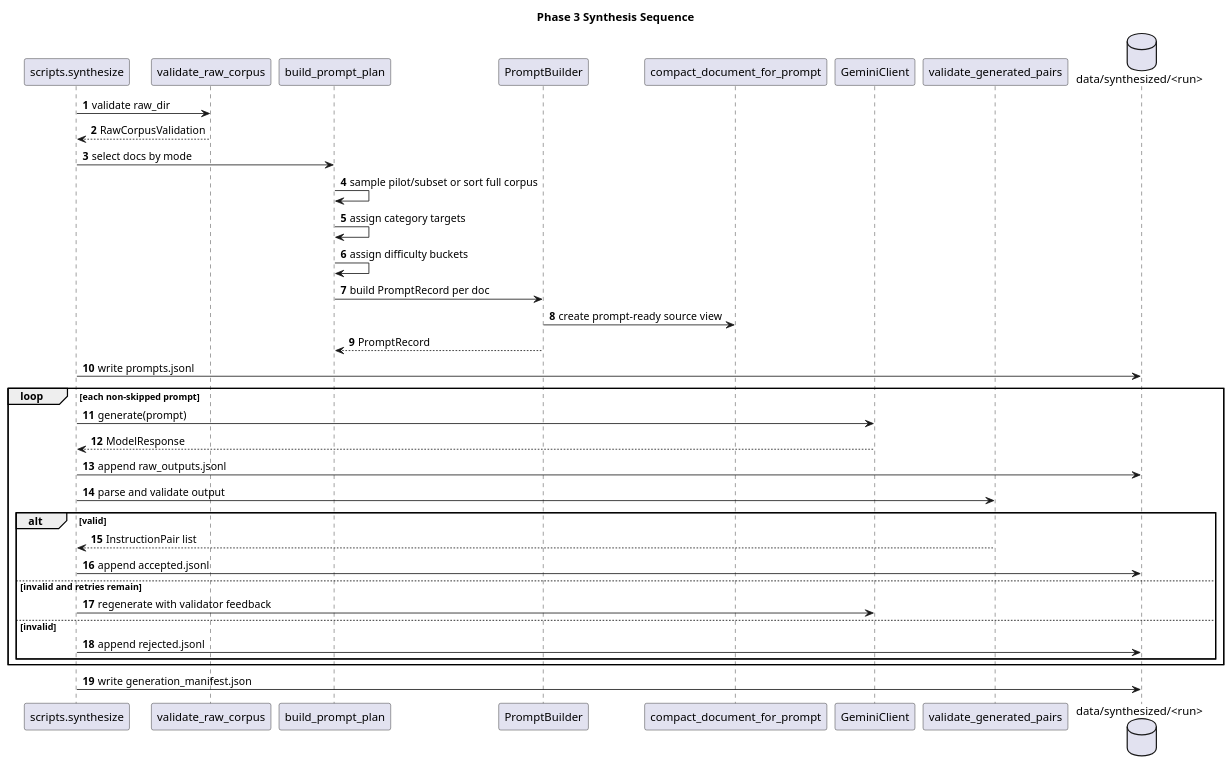
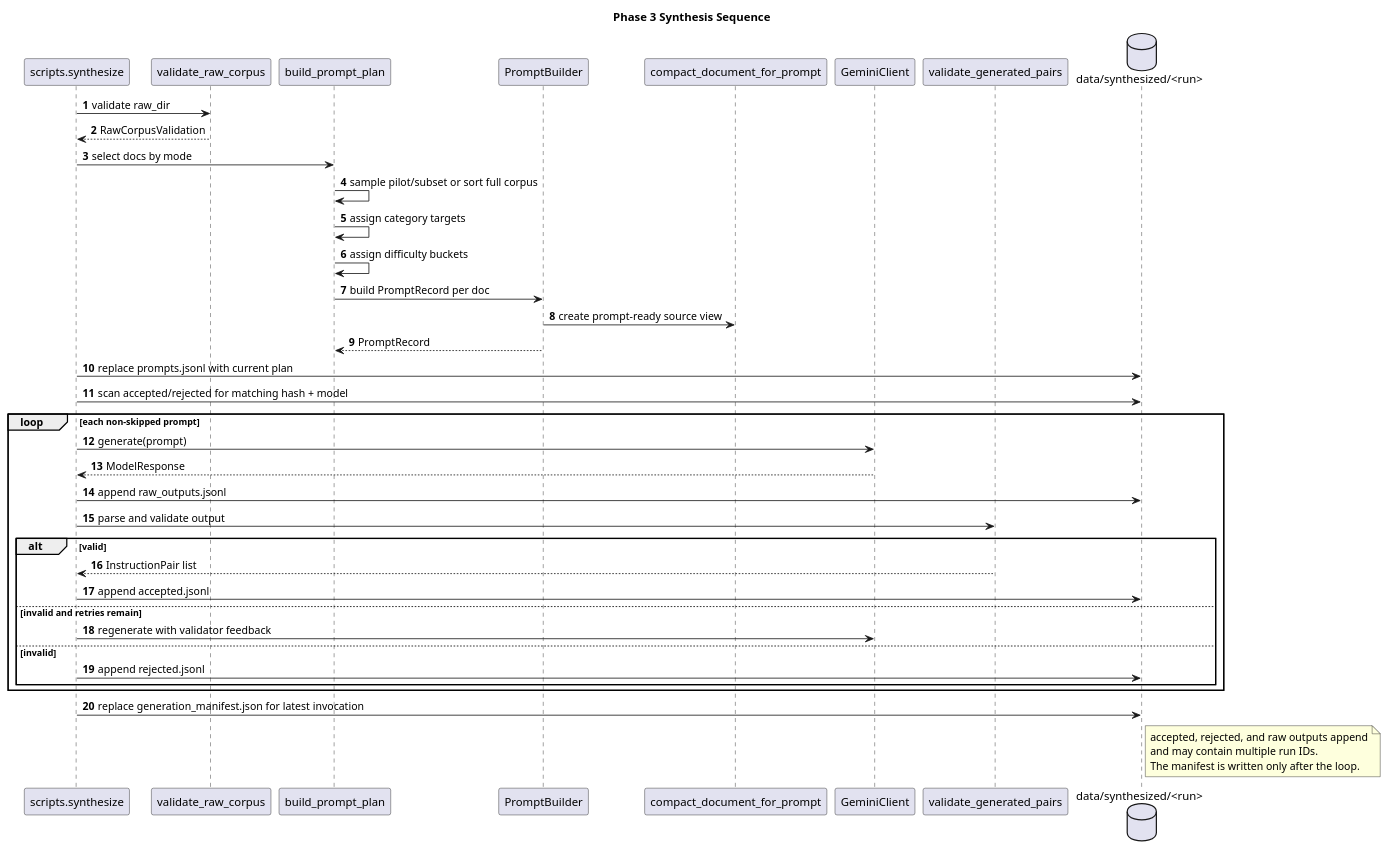
The diagram in docs/diagrams/synthesis-sequence.puml (darkrelicz/dfir-dataset), drawn with PlantUML before and after one commit. The commit also changed 28 other files, not shown here.

```diff
--- a/docs/diagrams/synthesis-sequence.puml
+++ b/docs/diagrams/synthesis-sequence.puml
@@ -1,44 +1,51 @@
 @startuml
 title Phase 3 Synthesis Sequence
 
 skinparam shadowing false
 autonumber
 
 participant "scripts.synthesize" as CLI
 participant "validate_raw_corpus" as RawValidator
 participant "build_prompt_plan" as Planner
 participant "PromptBuilder" as Builder
 participant "compact_document_for_prompt" as Compactor
 participant "GeminiClient" as Gemini
 participant "validate_generated_pairs" as Validator
 database "data/synthesized/<run>" as Out
 
 CLI -> RawValidator: validate raw_dir
 RawValidator --> CLI: RawCorpusValidation
 CLI -> Planner: select docs by mode
 Planner -> Planner: sample pilot/subset or sort full corpus
 Planner -> Planner: assign category targets
 Planner -> Planner: assign difficulty buckets
 Planner -> Builder: build PromptRecord per doc
 Builder -> Compactor: create prompt-ready source view
 Builder --> Planner: PromptRecord
-CLI -> Out: write prompts.jsonl
+CLI -> Out: replace prompts.jsonl with current plan
+CLI -> Out: scan accepted/rejected for matching hash + model
 
 loop each non-skipped prompt
   CLI -> Gemini: generate(prompt)
   Gemini --> CLI: ModelResponse
   CLI -> Out: append raw_outputs.jsonl
   CLI -> Validator: parse and validate output
   alt valid
     Validator --> CLI: InstructionPair list
     CLI -> Out: append accepted.jsonl
   else invalid and retries remain
     CLI -> Gemini: regenerate with validator feedback
   else invalid
     CLI -> Out: append rejected.jsonl
   end
 end
 
-CLI -> Out: write generation_manifest.json
+CLI -> Out: replace generation_manifest.json for latest invocation
+
+note right of Out
+  accepted, rejected, and raw outputs append
+  and may contain multiple run IDs.
+  The manifest is written only after the loop.
+end note
 
 @enduml
```
